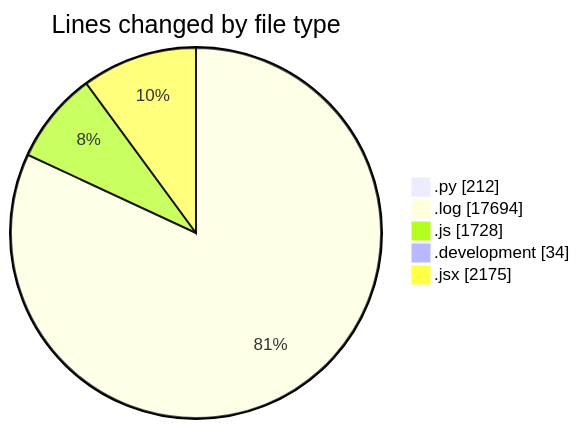
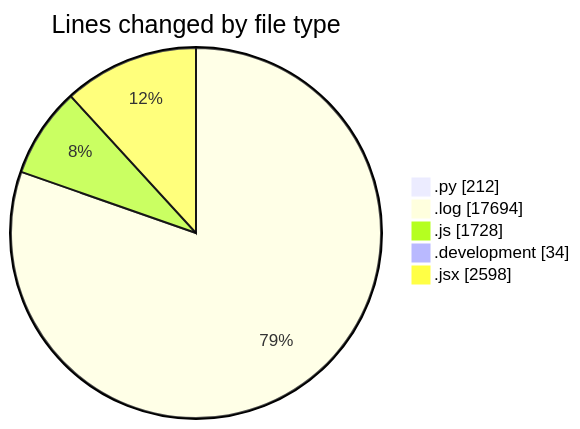
The first of 2 diagrams in 2025-04-19/nxtqube_webapp/README.md (nxtqubesakshisongat/code-tracking), drawn with Mermaid before and after one commit. The commit also changed other lines of this file and 1 other file, not shown here.

````diff
--- a/2025-04-19/nxtqube_webapp/README.md
+++ b/2025-04-19/nxtqube_webapp/README.md
@@ -38,9 +39,9 @@
 ```mermaid
 pie showData
 title Lines changed by file type
 ".py" : 212
 ".log" : 17694
 ".js" : 1728
 ".development" : 34
-".jsx" : 2175
+".jsx" : 2598
 ```
````
